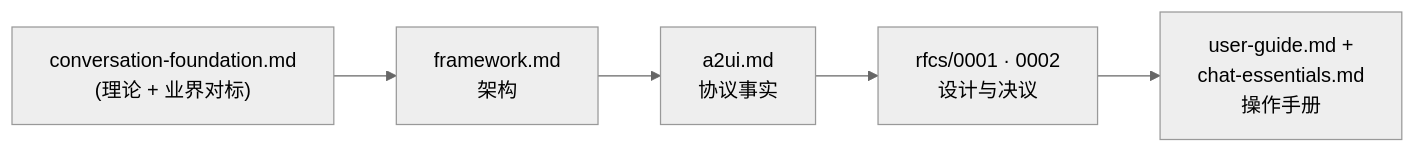
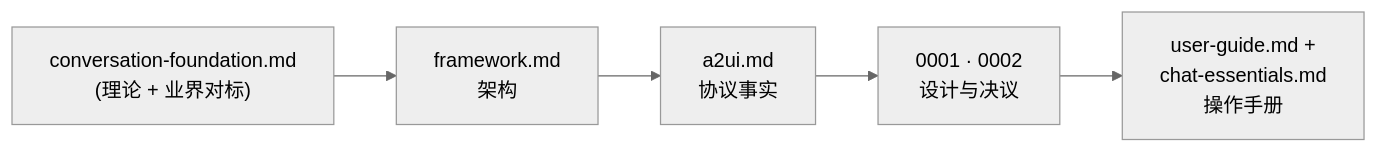
The first of 2 diagrams in docs/concepts/conversation-foundation.md (ThreeFish-AI/negentropy), drawn with Mermaid (neutral theme) before and after one commit. The commit also changed other lines of this file and 5 other files, not shown here.

````diff
--- a/docs/concepts/conversation-foundation.md
+++ b/docs/concepts/conversation-foundation.md
@@ -7,8 +7,8 @@
 ```mermaid
 flowchart LR
   Foundation["conversation-foundation.md<br/>(理论 + 业界对标)"]
   --> Framework[framework.md<br/>架构]
   --> A2UI[a2ui.md<br/>协议事实]
-  --> RFCs[rfcs/0001 · 0002<br/>设计与决议]
+  --> RFCs[0001 · 0002<br/>设计与决议]
   --> Guide[user-guide.md +<br/>chat-essentials.md<br/>操作手册]
 ```
````
